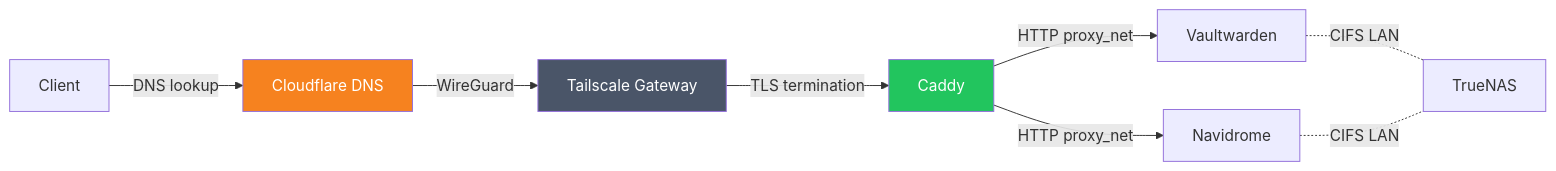
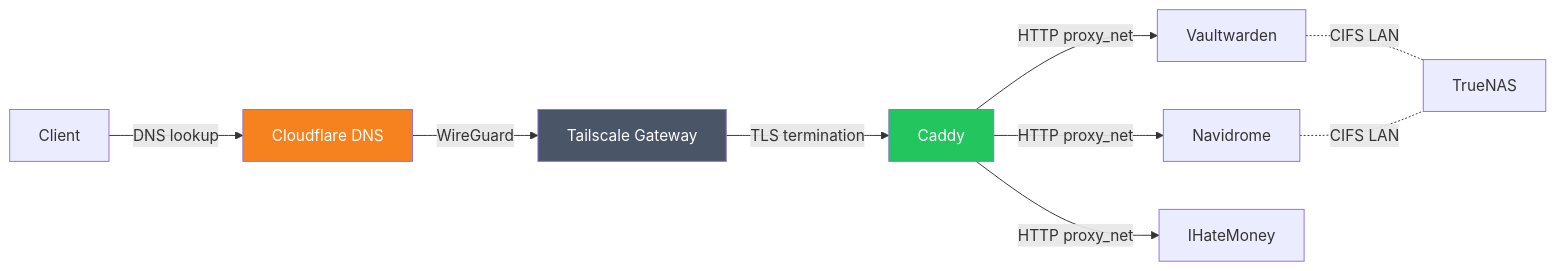
The second of 2 diagrams in README.md (masolnada/homelab), drawn with Mermaid before and after one commit. The commit also changed other lines of this file and 5 other files, not shown here.

````diff
--- a/README.md
+++ b/README.md
@@ -34,14 +36,15 @@
 ```mermaid
 graph LR
     Client -->|DNS lookup| CF[Cloudflare DNS]
     CF -->|WireGuard| TS[Tailscale Gateway]
     TS -->|TLS termination| Caddy
     Caddy -->|HTTP proxy_net| Vaultwarden
     Caddy -->|HTTP proxy_net| Navidrome
+    Caddy -->|HTTP proxy_net| IHateMoney
     Vaultwarden -.-|CIFS LAN| NAS[TrueNAS]
     Navidrome -.-|CIFS LAN| NAS
 
     style CF fill:#f6821f,color:#fff
     style TS fill:#4a5568,color:#fff
     style Caddy fill:#22c55e,color:#fff
 ```
````
